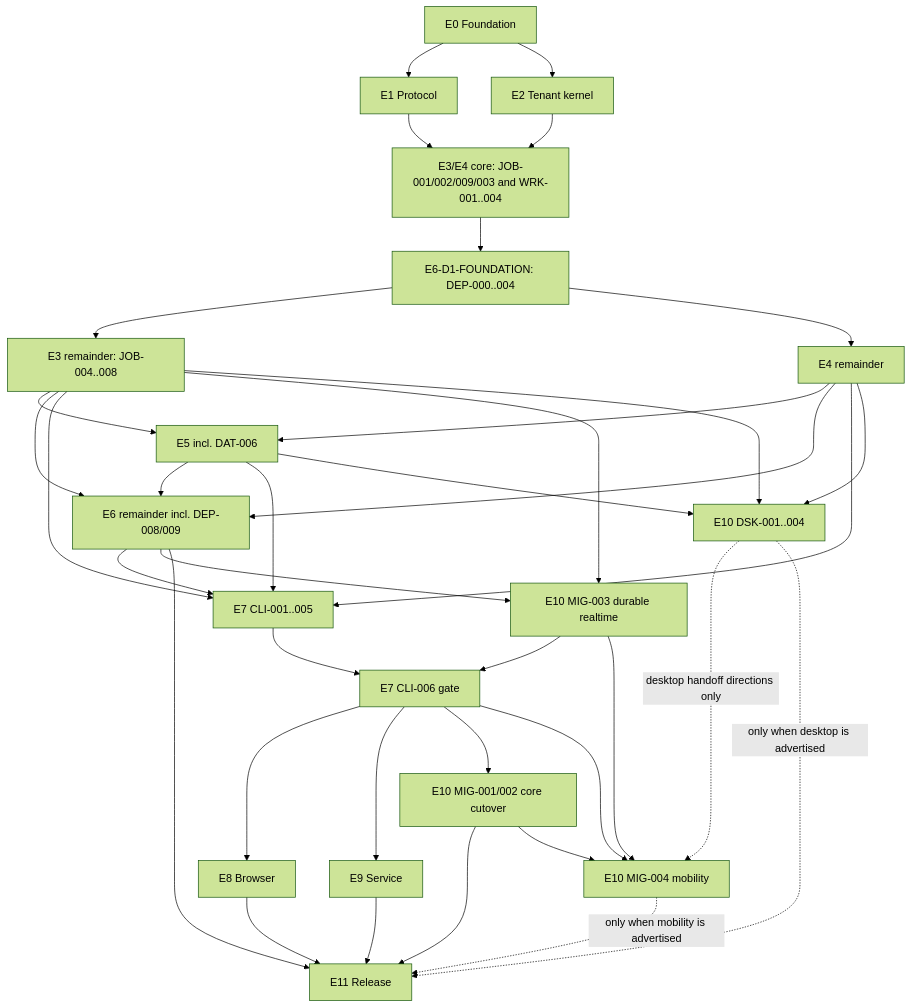
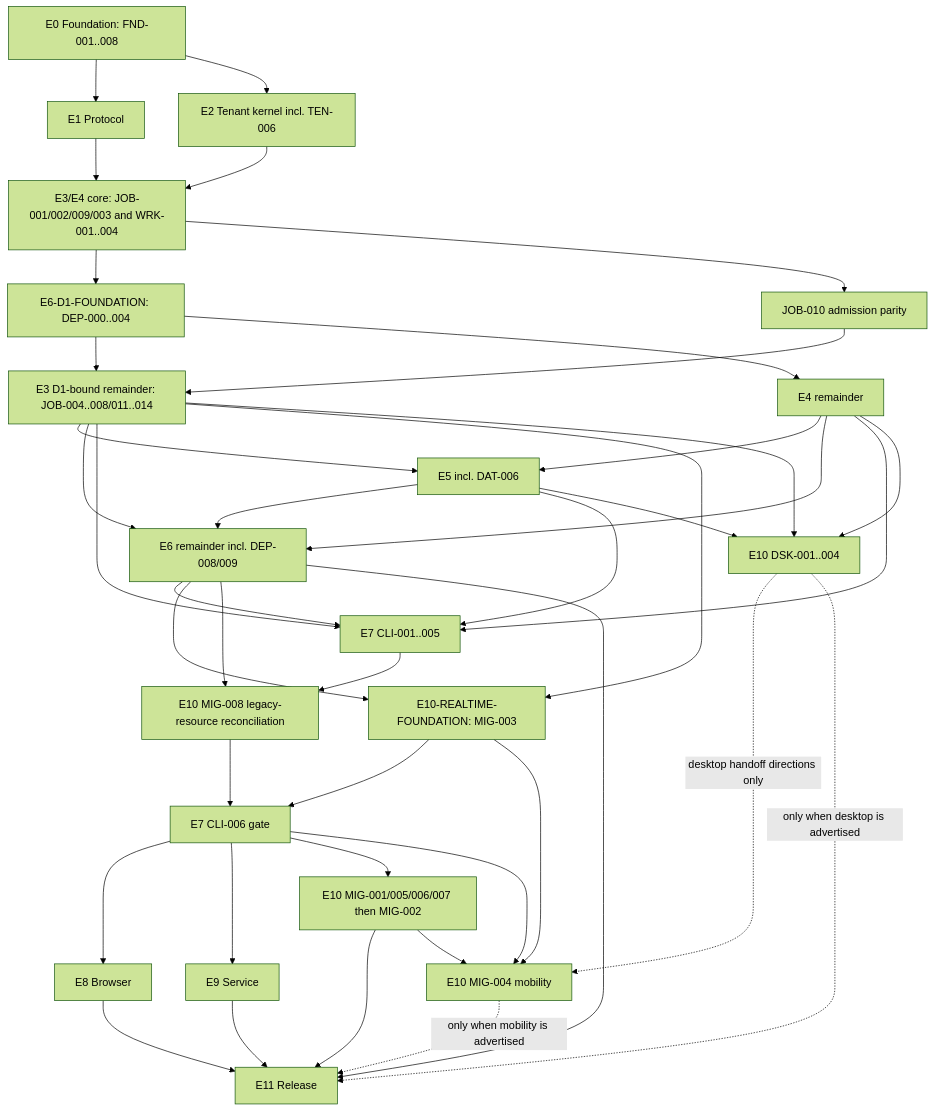
One commit to MeteoriteLabs/AoA changed the second of 2 diagrams in docs/replatform/program-design.md. Above: the diagram before and after it, drawn with Mermaid (forest theme). The commit also changed other lines of this file and 27 other files, not shown here.

````diff
--- a/docs/replatform/program-design.md
+++ b/docs/replatform/program-design.md
@@ -235,39 +240,43 @@
 ```mermaid
 flowchart TD
-  E0["E0 Foundation"] --> E1["E1 Protocol"]
-  E0 --> E2["E2 Tenant kernel"]
+  E0["E0 Foundation: FND-001..008"] --> E1["E1 Protocol"]
+  E0 --> E2["E2 Tenant kernel incl. TEN-006"]
   E1 --> CORE["E3/E4 core: JOB-001/002/009/003 and WRK-001..004"]
   E2 --> CORE
   CORE --> D1["E6-D1-FOUNDATION: DEP-000..004"]
-  D1 --> E3["E3 remainder: JOB-004..008"]
+  CORE --> P0["JOB-010 admission parity"]
+  D1 --> E3["E3 D1-bound remainder: JOB-004..008/011..014"]
+  P0 --> E3
   D1 --> E4["E4 remainder"]
   E3 --> E5["E5 incl. DAT-006"]
   E4 --> E5
   E3 --> E6R["E6 remainder incl. DEP-008/009"]
   E4 --> E6R
   E5 --> E6R
   E3 --> E7BASE["E7 CLI-001..005"]
   E4 --> E7BASE
   E5 --> E7BASE
   E6R --> E7BASE
-  E3 --> RT["E10 MIG-003 durable realtime"]
+  E3 --> RT["E10-REALTIME-FOUNDATION: MIG-003"]
   E6R --> RT
-  E7BASE --> E7["E7 CLI-006 gate"]
+  E7BASE --> RECON["E10 MIG-008 legacy-resource reconciliation"]
+  E6R --> RECON
+  RECON --> E7["E7 CLI-006 gate"]
   RT --> E7
   E7 --> E8["E8 Browser"]
   E7 --> E9["E9 Service"]
   E3 --> DESK["E10 DSK-001..004"]
   E4 --> DESK
   E5 --> DESK
-  E7 --> CUT["E10 MIG-001/002 core cutover"]
+  E7 --> CUT["E10 MIG-001/005/006/007 then MIG-002"]
   CUT --> E11
   E7 --> MOB["E10 MIG-004 mobility"]
   DESK -. "desktop handoff directions only" .-> MOB
   CUT --> MOB
   RT --> MOB
   E8 --> E11["E11 Release"]
   E9 --> E11
   DESK -. "only when desktop is advertised" .-> E11
   MOB -. "only when mobility is advertised" .-> E11
   E6R --> E11
 ```
````
